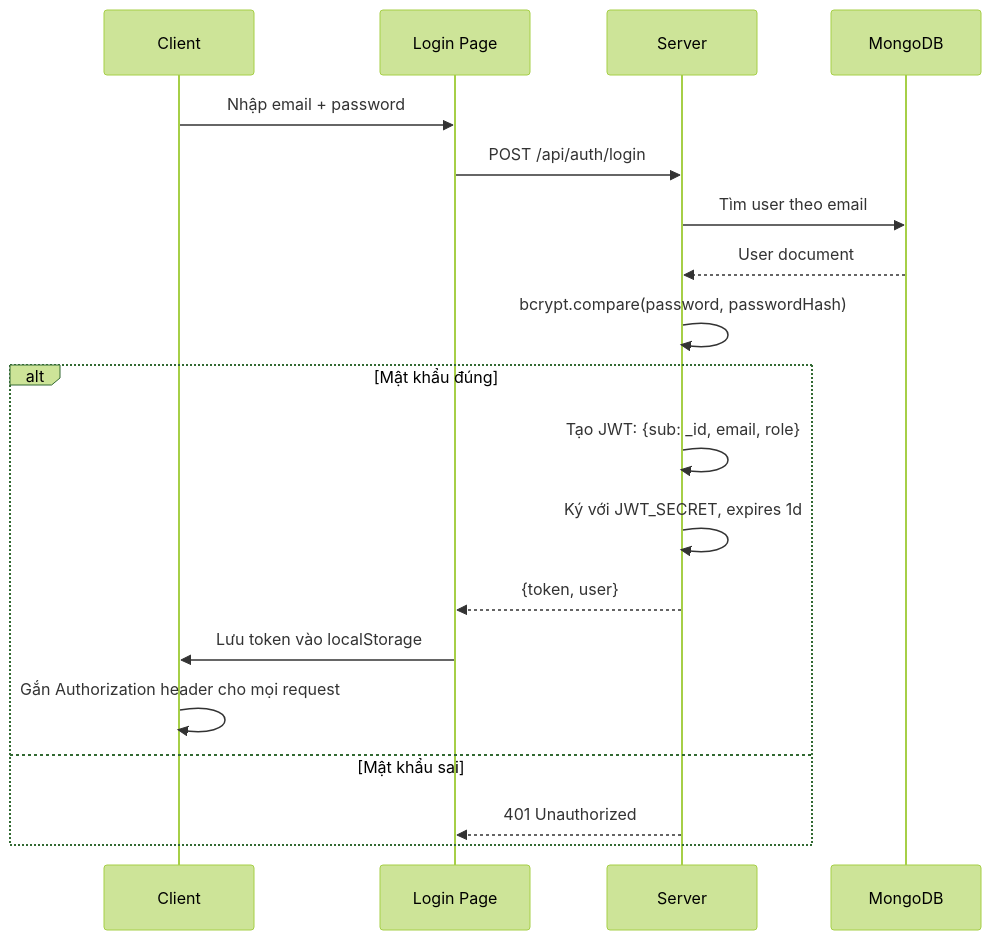
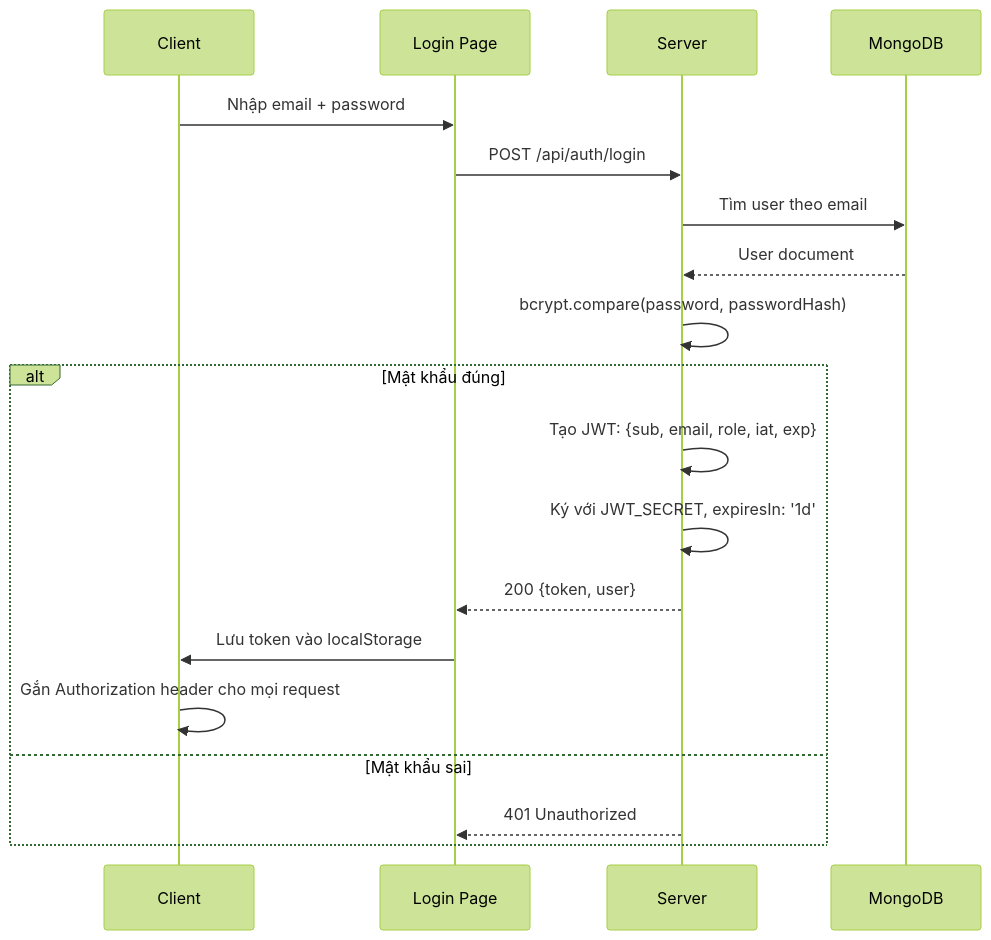
One commit to nghiaxh/hr-management changed the tenth of 24 diagrams in docs/SDD.md. Above: the diagram before and after it, drawn with Mermaid (forest theme). The commit also changed other lines of this file and 8 other files, not shown here.

````diff
--- a/docs/SDD.md
+++ b/docs/SDD.md
@@ -1010,22 +741,21 @@
 ```mermaid
 sequenceDiagram
     participant C as Client
     participant LG as Login Page
     participant S as Server
     participant DB as MongoDB
-
     C->>LG: Nhập email + password
     LG->>S: POST /api/auth/login
     S->>DB: Tìm user theo email
     DB-->>S: User document
     S->>S: bcrypt.compare(password, passwordHash)
     alt Mật khẩu đúng
-        S->>S: Tạo JWT: {sub: _id, email, role}
-        S->>S: Ký với JWT_SECRET, expires 1d
-        S-->>LG: {token, user}
+        S->>S: Tạo JWT: {sub, email, role, iat, exp}
+        S->>S: Ký với JWT_SECRET, expiresIn: '1d'
+        S-->>LG: 200 {token, user}
         LG->>C: Lưu token vào localStorage
         C->>C: Gắn Authorization header cho mọi request
     else Mật khẩu sai
         S-->>LG: 401 Unauthorized
     end
 ```
````
